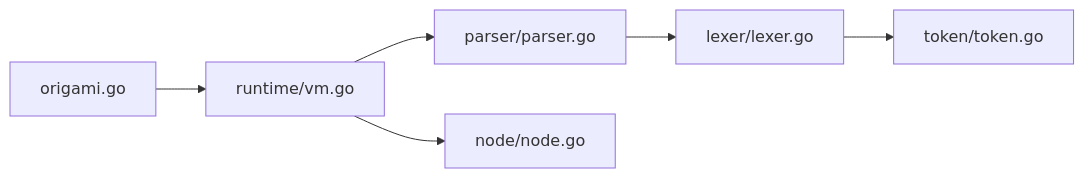
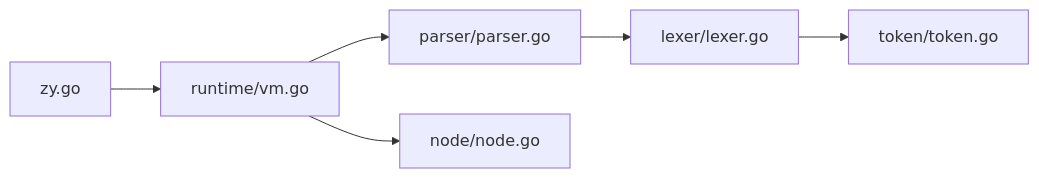
Before and after one commit to php-any/origami: the seventh of 7 diagrams in .qoder/repowiki/zh/content/开发工具/性能分析.md, drawn with Mermaid. The commit also changed other lines of this file and 21 other files, not shown here.

````diff
--- a/.qoder/repowiki/zh/content/开发工具/性能分析.md
+++ b/.qoder/repowiki/zh/content/开发工具/性能分析.md
@@ -288,8 +288,8 @@
 ```mermaid
 graph LR
-ORI["origami.go"] --> VM["runtime/vm.go"]
+ORI["zy.go"] --> VM["runtime/vm.go"]
 VM --> PARSER["parser/parser.go"]
 PARSER --> LEX["lexer/lexer.go"]
 LEX --> TOK["token/token.go"]
 VM --> NODE["node/node.go"]
 ```
````
